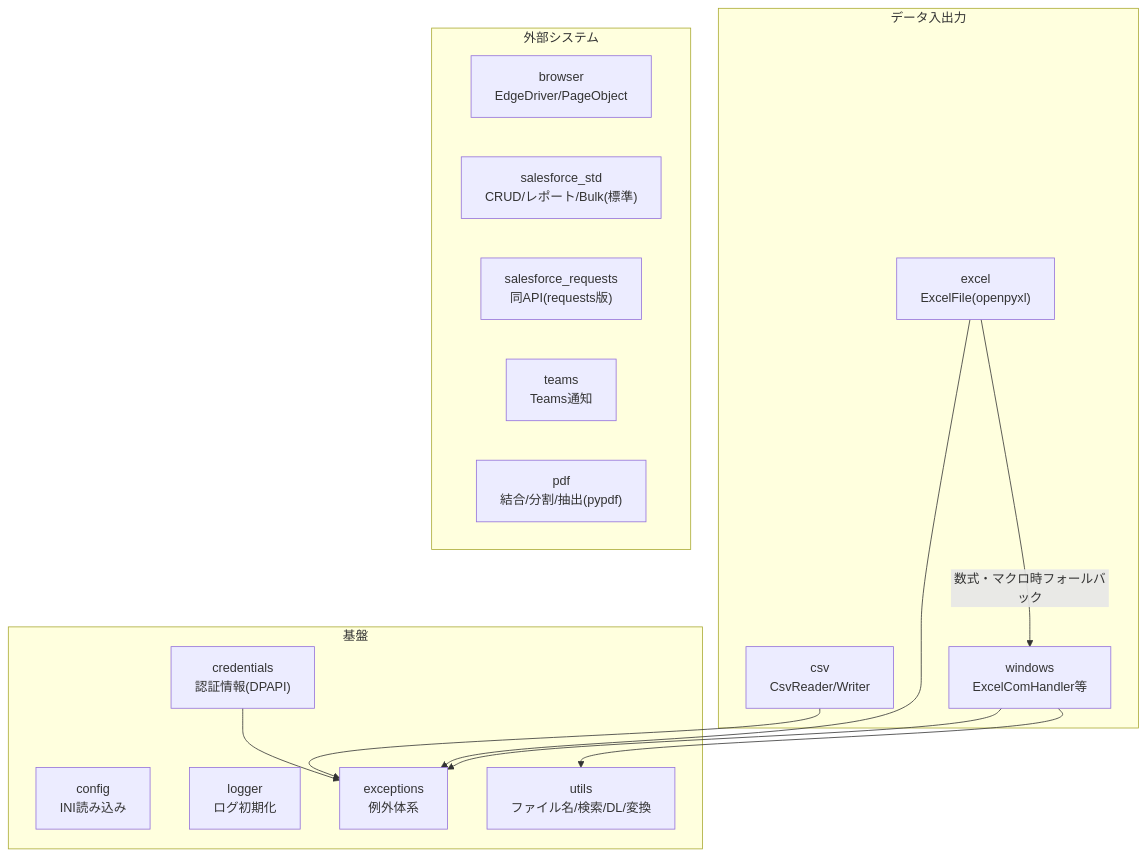
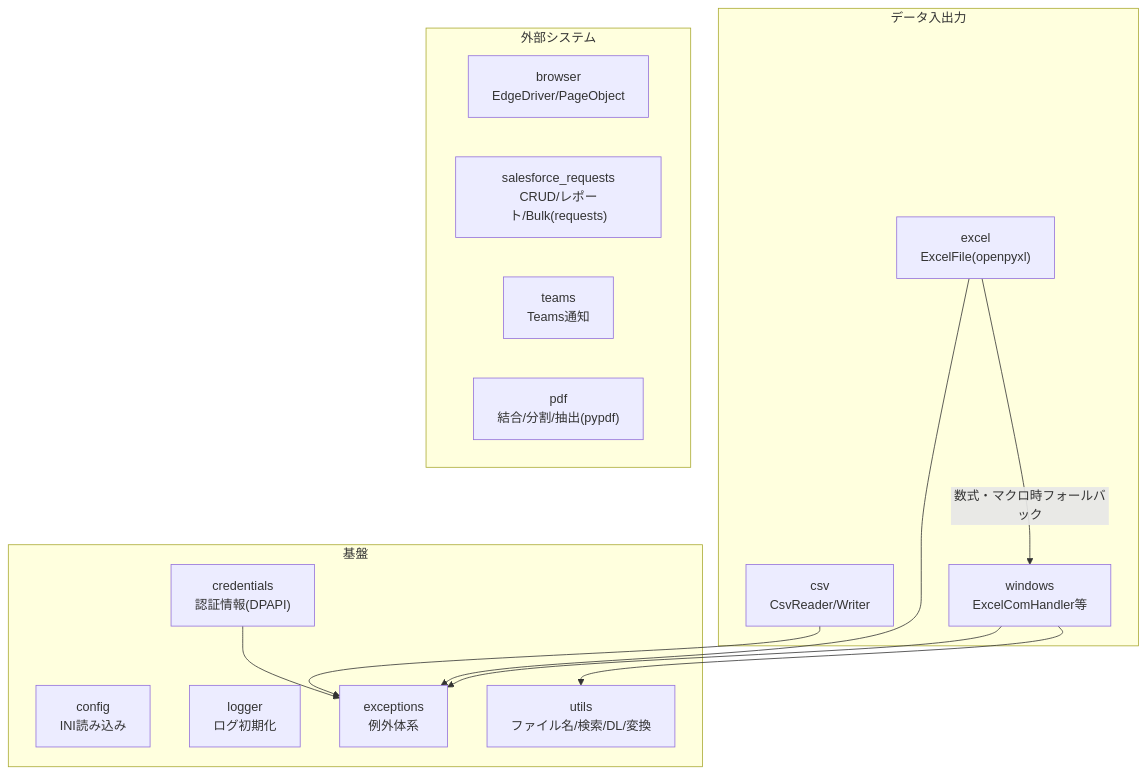
Before and after one commit to tenniscorecom/original_libs: the diagram in 仕様書.md, drawn with Mermaid. The commit also changed other lines of this file and 12 other files, not shown here.

First line of the commit message:
salesforce_std を削除（requests 採用が確定したため salesforce_requests に一本化）

````diff
--- a/仕様書.md
+++ b/仕様書.md
@@ -46,28 +46,27 @@
 ```mermaid
 graph TD
     subgraph 基盤
         config["config\nINI読み込み"]
         logger["logger\nログ初期化"]
         exceptions["exceptions\n例外体系"]
         credentials["credentials\n認証情報(DPAPI)"]
         utils["utils\nファイル名/検索/DL/変換"]
     end
     subgraph データ入出力
         csv["csv\nCsvReader/Writer"]
         excel["excel\nExcelFile(openpyxl)"]
         windows["windows\nExcelComHandler等"]
     end
     subgraph 外部システム
         browser["browser\nEdgeDriver/PageObject"]
-        salesforce_std["salesforce_std\nCRUD/レポート/Bulk(標準)"]
-        salesforce_requests["salesforce_requests\n同API(requests版)"]
+        salesforce_requests["salesforce_requests\nCRUD/レポート/Bulk(requests)"]
         teams["teams\nTeams通知"]
         pdf["pdf\n結合/分割/抽出(pypdf)"]
     end
     excel -->|数式・マクロ時フォールバック| windows
     windows --> exceptions
     windows --> utils
     excel --> exceptions
     csv --> exceptions
     credentials --> exceptions
 ```
````
